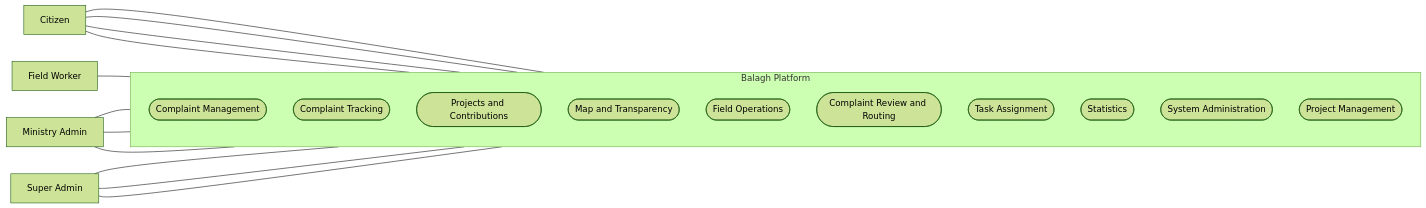
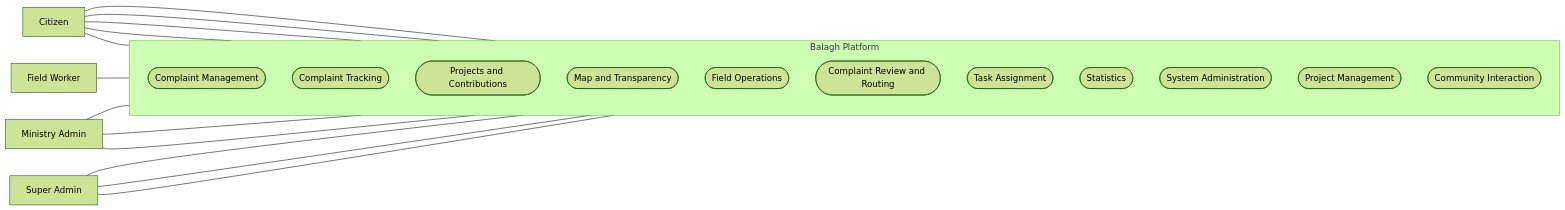
One commit to Ameen-Soft/balagh-platform changed the fifth of 43 diagrams in docs/system_analysis_and_design.md. Above: the diagram before and after it, drawn with Mermaid (forest theme). The commit also changed other lines of this file and 20 other files, not shown here.

````diff
--- a/docs/system_analysis_and_design.md
+++ b/docs/system_analysis_and_design.md
@@ -263,33 +268,35 @@
 ```mermaid
 flowchart LR
     C["Citizen"]
     FW["Field Worker"]
     MA["Ministry Admin"]
     SA["Super Admin"]
 
     subgraph system ["Balagh Platform"]
         direction TB
         PKG1(["Complaint Management"])
         PKG2(["Complaint Tracking"])
         PKG3(["Projects and Contributions"])
         PKG4(["Map and Transparency"])
         PKG5(["Field Operations"])
         PKG6(["Complaint Review and Routing"])
         PKG7(["Task Assignment"])
         PKG8(["Statistics"])
         PKG9(["System Administration"])
         PKG10(["Project Management"])
+        PKG11(["Community Interaction"])
     end
 
     C --- PKG1
     C --- PKG2
     C --- PKG3
     C --- PKG4
+    C --- PKG11
     FW --- PKG5
     MA --- PKG6
     MA --- PKG7
     MA --- PKG8
     SA --- PKG9
     SA --- PKG10
     SA --- PKG8
 ```
````
